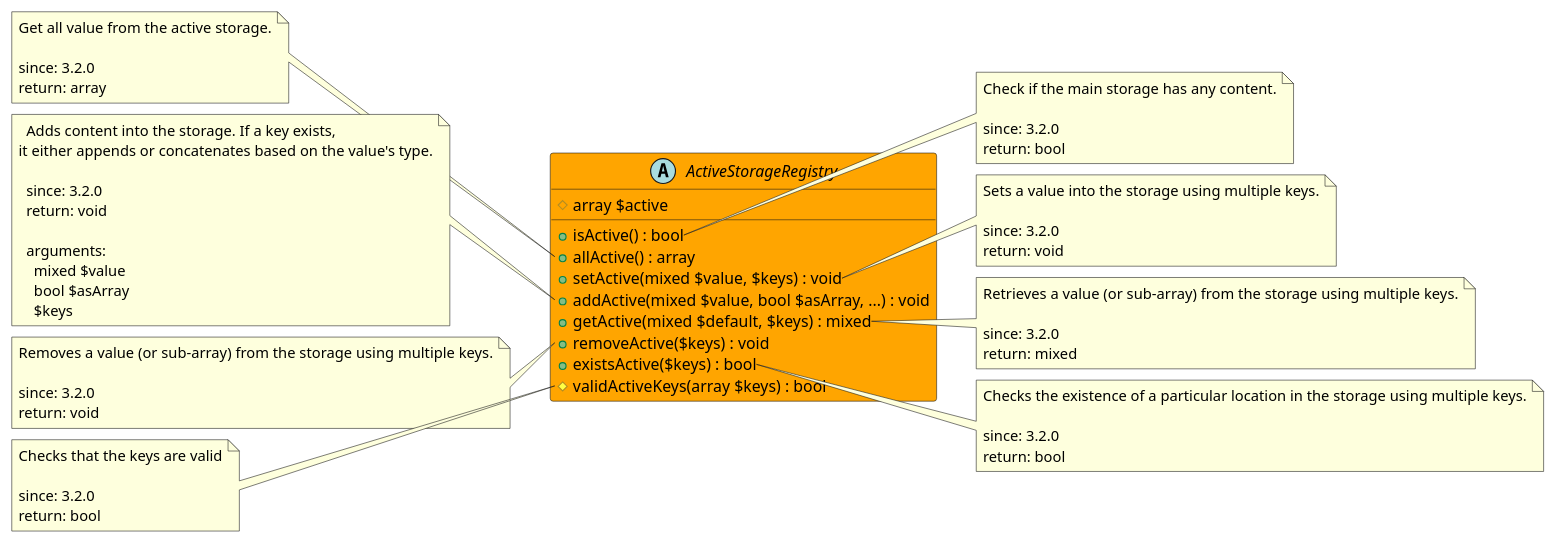
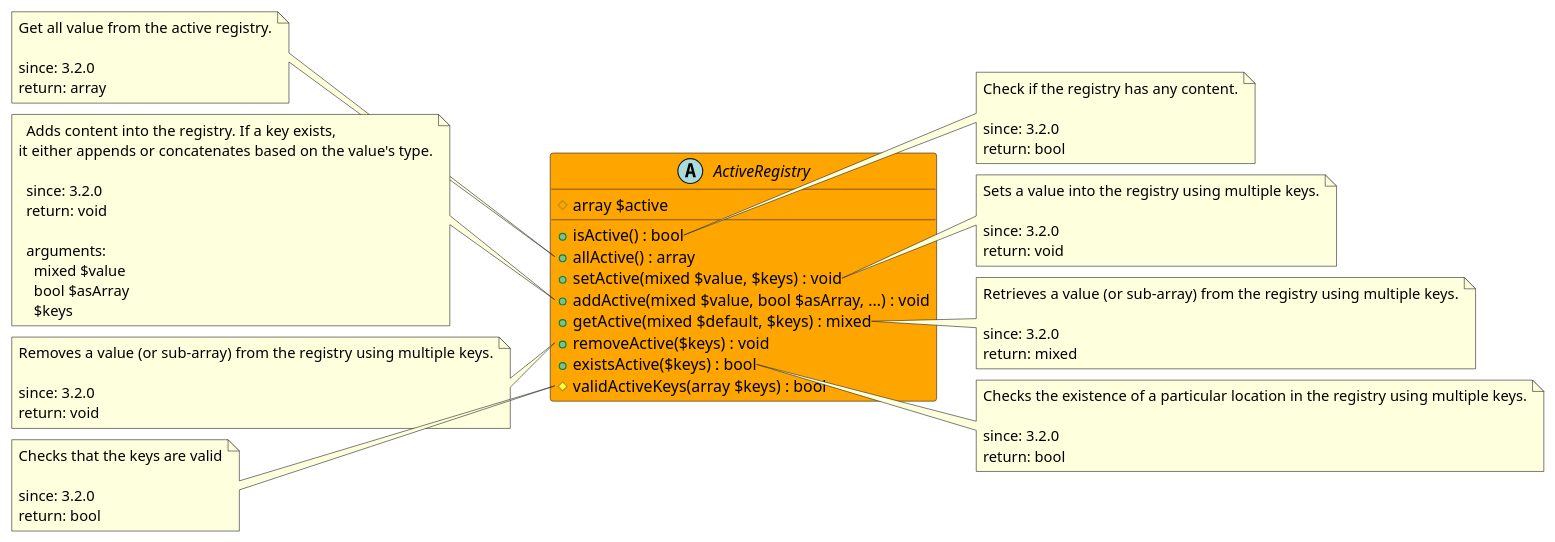
The diagram in src/43134867-5cb8-4280-9be8-309fd2fd135f/README.md (joomengine/super-powers), drawn with PlantUML before and after one commit. The commit also changed other lines of this file and 57 other files, not shown here.

````diff
--- a/src/43134867-5cb8-4280-9be8-309fd2fd135f/README.md
+++ b/src/43134867-5cb8-4280-9be8-309fd2fd135f/README.md
@@ -11,78 +11,78 @@
 ```uml
 @startuml
-abstract ActiveStorageRegistry  #Orange {
+abstract ActiveRegistry  #Orange {
   # array $active
   + isActive() : bool
   + allActive() : array
   + setActive(mixed $value, $keys) : void
   + addActive(mixed $value, bool $asArray, ...) : void
   + getActive(mixed $default, $keys) : mixed
   + removeActive($keys) : void
   + existsActive($keys) : bool
   # validActiveKeys(array $keys) : bool
 }
 
-note right of ActiveStorageRegistry::isActive
-  Check if the main storage has any content.
+note right of ActiveRegistry::isActive
+  Check if the registry has any content.
 
   since: 3.2.0
   return: bool
 end note
 
-note left of ActiveStorageRegistry::allActive
-  Get all value from the active storage.
+note left of ActiveRegistry::allActive
+  Get all value from the active registry.
 
   since: 3.2.0
   return: array
 end note
 
-note right of ActiveStorageRegistry::setActive
-  Sets a value into the storage using multiple keys.
+note right of ActiveRegistry::setActive
+  Sets a value into the registry using multiple keys.
 
   since: 3.2.0
   return: void
 end note
 
-note left of ActiveStorageRegistry::addActive
-  Adds content into the storage. If a key exists,
+note left of ActiveRegistry::addActive
+  Adds content into the registry. If a key exists,
 it either appends or concatenates based on the value's type.
 
   since: 3.2.0
   return: void
   
   arguments:
     mixed $value
     bool $asArray
     $keys
 end note
 
-note right of ActiveStorageRegistry::getActive
-  Retrieves a value (or sub-array) from the storage using multiple keys.
+note right of ActiveRegistry::getActive
+  Retrieves a value (or sub-array) from the registry using multiple keys.
 
   since: 3.2.0
   return: mixed
 end note
 
-note left of ActiveStorageRegistry::removeActive
-  Removes a value (or sub-array) from the storage using multiple keys.
+note left of ActiveRegistry::removeActive
+  Removes a value (or sub-array) from the registry using multiple keys.
 
   since: 3.2.0
   return: void
 end note
 
-note right of ActiveStorageRegistry::existsActive
-  Checks the existence of a particular location in the storage using multiple keys.
+note right of ActiveRegistry::existsActive
+  Checks the existence of a particular location in the registry using multiple keys.
 
   since: 3.2.0
   return: bool
 end note
 
-note left of ActiveStorageRegistry::validActiveKeys
+note left of ActiveRegistry::validActiveKeys
   Checks that the keys are valid
 
   since: 3.2.0
   return: bool
 end note
  
 @enduml
 ```
````
